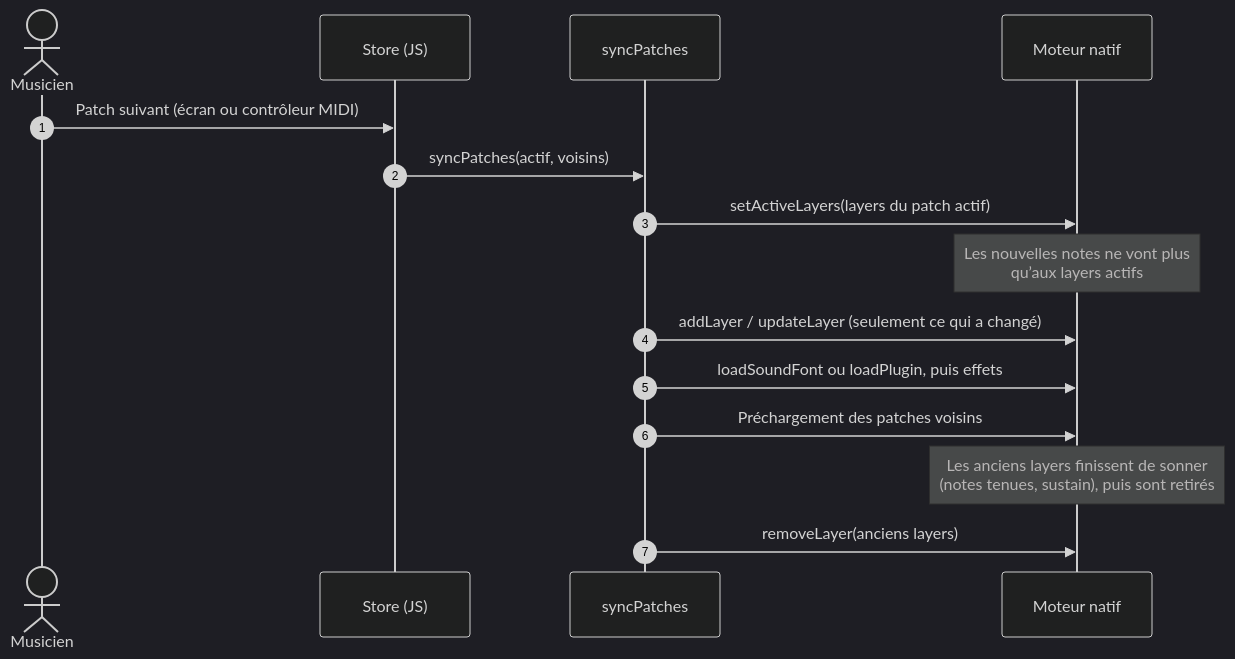
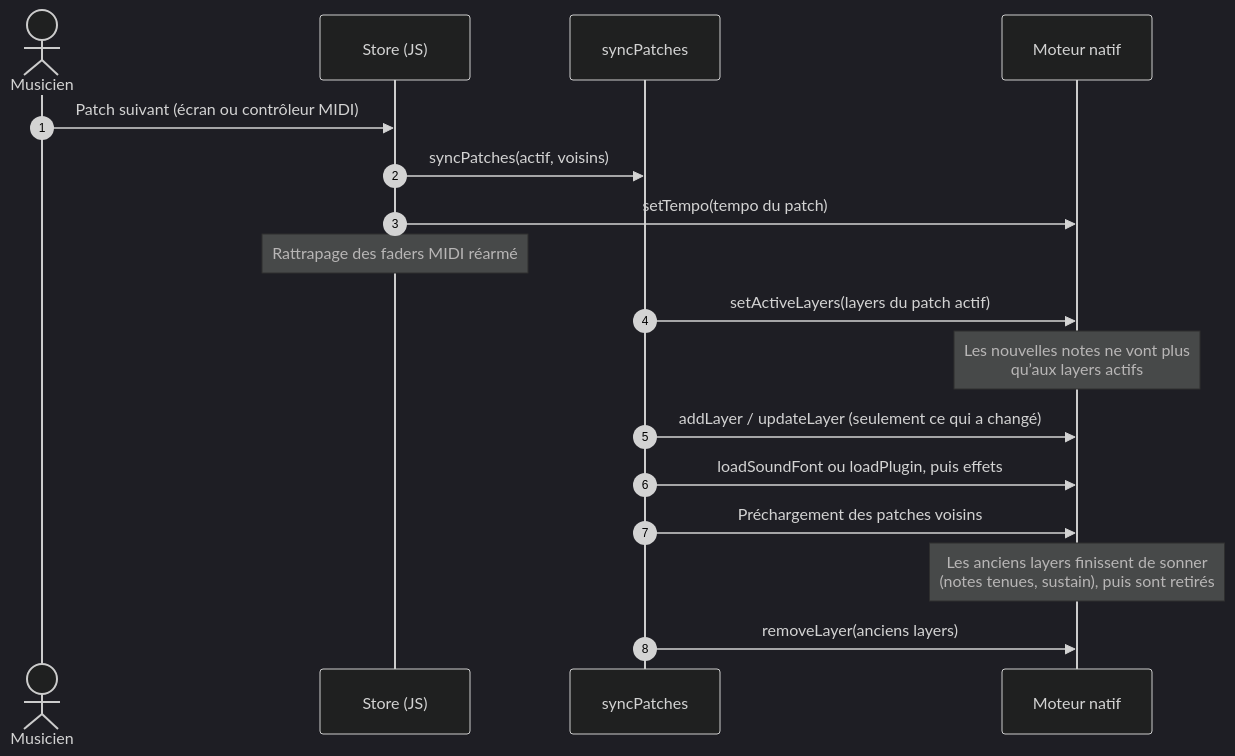
One commit to aspitrine/livekeys changed the sixth of 7 diagrams in README.md. Above: the diagram before and after it, drawn with Mermaid (dark theme). The commit also changed other lines of this file, not shown here.

Commit message:
docs: update README diagrams for the live stage features

````diff
--- a/README.md
+++ b/README.md
@@ -221,17 +254,19 @@
 ```mermaid
 sequenceDiagram
   autonumber
   actor M as Musicien
   participant S as Store (JS)
   participant Y as syncPatches
   participant E as Moteur natif
   M->>S: Patch suivant (écran ou contrôleur MIDI)
   S->>Y: syncPatches(actif, voisins)
+  S->>E: setTempo(tempo du patch)
+  Note over S: Rattrapage des faders MIDI réarmé
   Y->>E: setActiveLayers(layers du patch actif)
   Note over E: Les nouvelles notes ne vont plus<br/>qu’aux layers actifs
   Y->>E: addLayer / updateLayer (seulement ce qui a changé)
   Y->>E: loadSoundFont ou loadPlugin, puis effets
   Y->>E: Préchargement des patches voisins
   Note over E: Les anciens layers finissent de sonner<br/>(notes tenues, sustain), puis sont retirés
   Y->>E: removeLayer(anciens layers)
 ```
````
